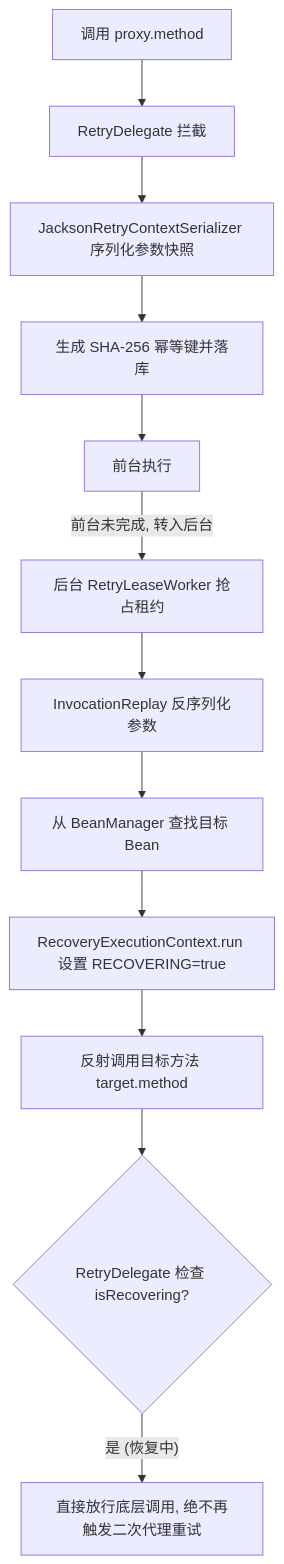
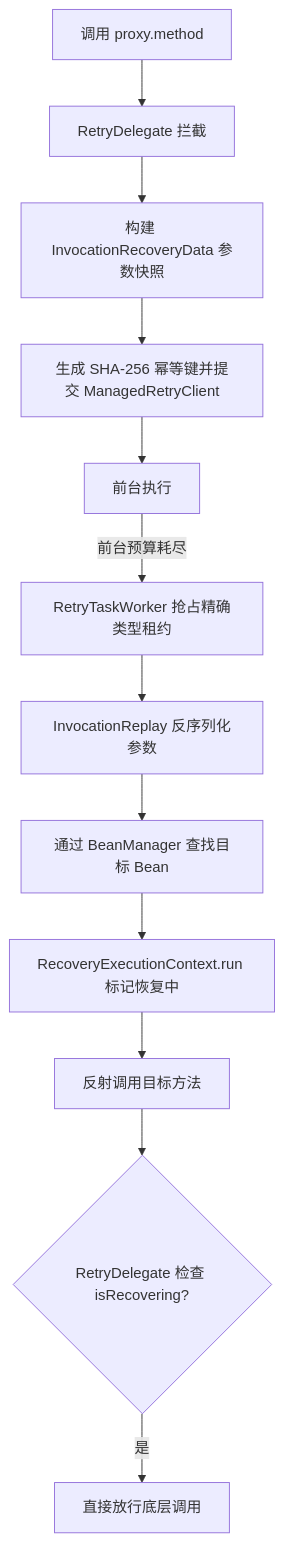
One commit to team4u/team4u-framework changed the diagram in docs/retry/retry-proxy.md. Above: the diagram before and after it, drawn with Mermaid. The commit also changed other lines of this file and 179 other files, not shown here.

````diff
--- a/docs/retry/retry-proxy.md
+++ b/docs/retry/retry-proxy.md
@@ -94,14 +104,14 @@
 ```mermaid
 graph TD
     A["调用 proxy.method"] --> B["RetryDelegate 拦截"]
-    B --> C["JacksonRetryContextSerializer 序列化参数快照"]
-    C --> D["生成 SHA-256 幂等键并落库"]
+    B --> C["构建 InvocationRecoveryData 参数快照"]
+    C --> D["生成 SHA-256 幂等键并提交 ManagedRetryClient"]
     D --> E["前台执行"]
-    E -->|"前台未完成, 转入后台"| F["后台 RetryLeaseWorker 抢占租约"]
+    E -->|"前台预算耗尽"| F["RetryTaskWorker 抢占精确类型租约"]
     F --> G["InvocationReplay 反序列化参数"]
-    G --> H["从 BeanManager 查找目标 Bean"]
-    H --> I["RecoveryExecutionContext.run 设置 RECOVERING=true"]
-    I --> J["反射调用目标方法 target.method"]
+    G --> H["通过 BeanManager 查找目标 Bean"]
+    H --> I["RecoveryExecutionContext.run 标记恢复中"]
+    I --> J["反射调用目标方法"]
     J --> K{"RetryDelegate 检查 isRecovering?"}
-    K -->|"是 (恢复中)"| L["直接放行底层调用, 绝不再触发二次代理重试"]
+    K -->|"是"| L["直接放行底层调用"]
 ```
````
